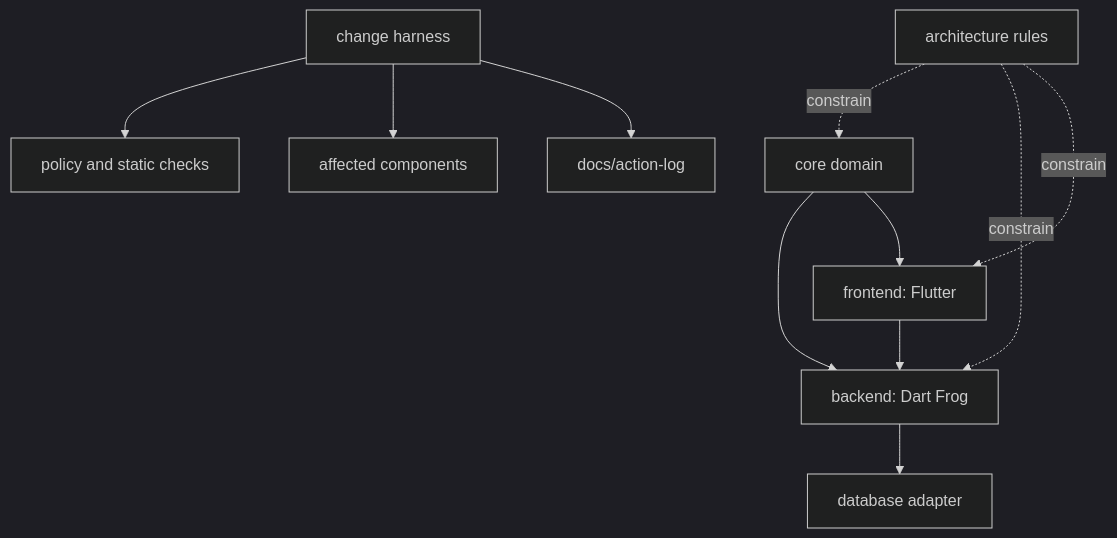
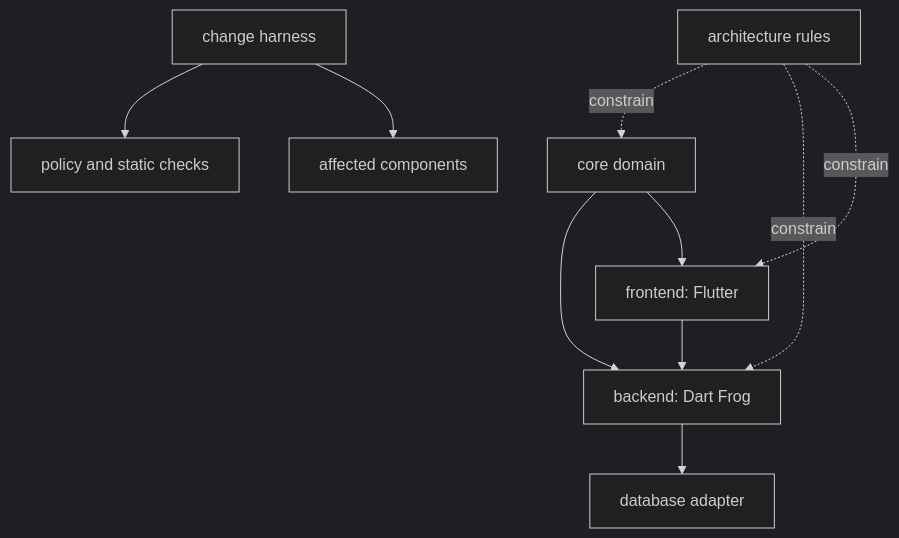
One commit to lunaticfriki/vaniawatch changed the diagram in docs/change-harness.md. Above: the diagram before and after it, drawn with Mermaid (dark theme). The commit also changed other lines of this file and 18 other files, not shown here.

````diff
--- a/docs/change-harness.md
+++ b/docs/change-harness.md
@@ -34,13 +34,12 @@
 ```mermaid
 flowchart TD
   Core["core domain"] --> Backend["backend: Dart Frog"]
   Core --> Frontend["frontend: Flutter"]
   Backend --> Store["database adapter"]
   Frontend --> Backend
   Rules["architecture rules"] -. constrain .-> Core
   Rules -. constrain .-> Backend
   Rules -. constrain .-> Frontend
   Harness["change harness"] --> Gate["policy and static checks"]
   Harness --> Impact["affected components"]
-  Harness --> Ledger["docs/action-log"]
 ```
````
